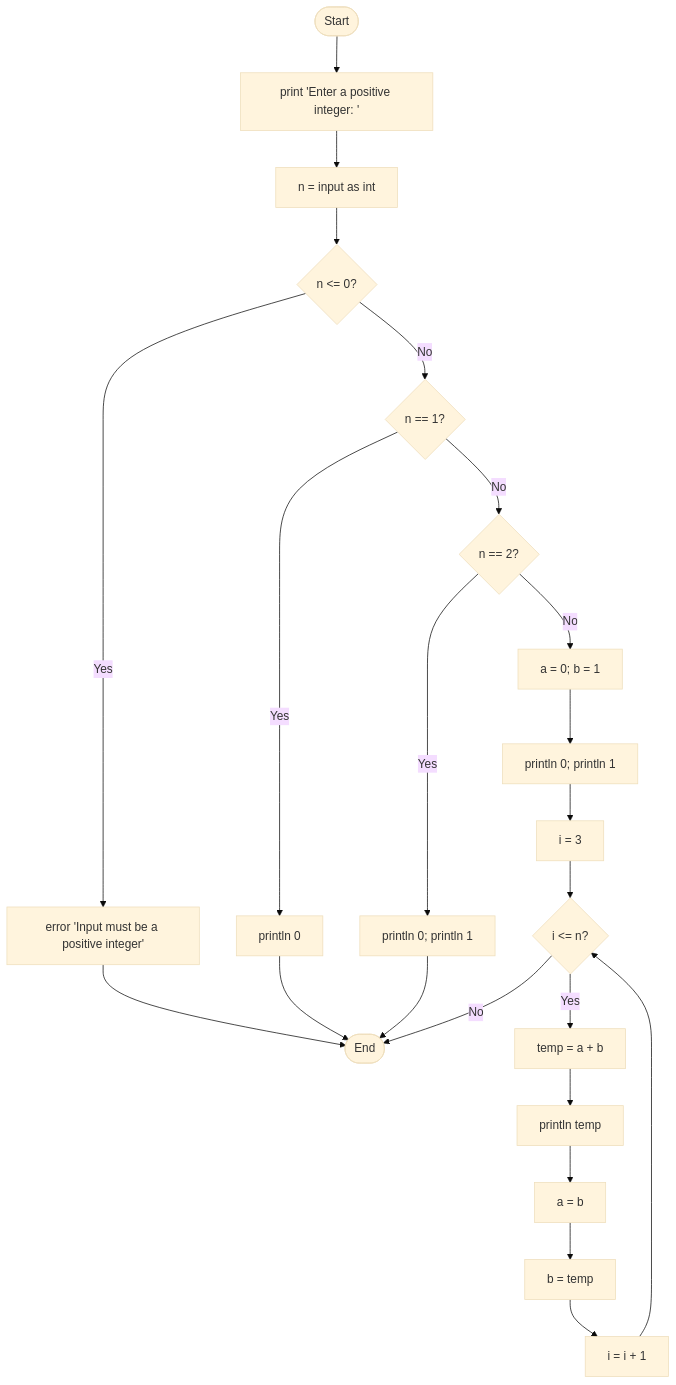
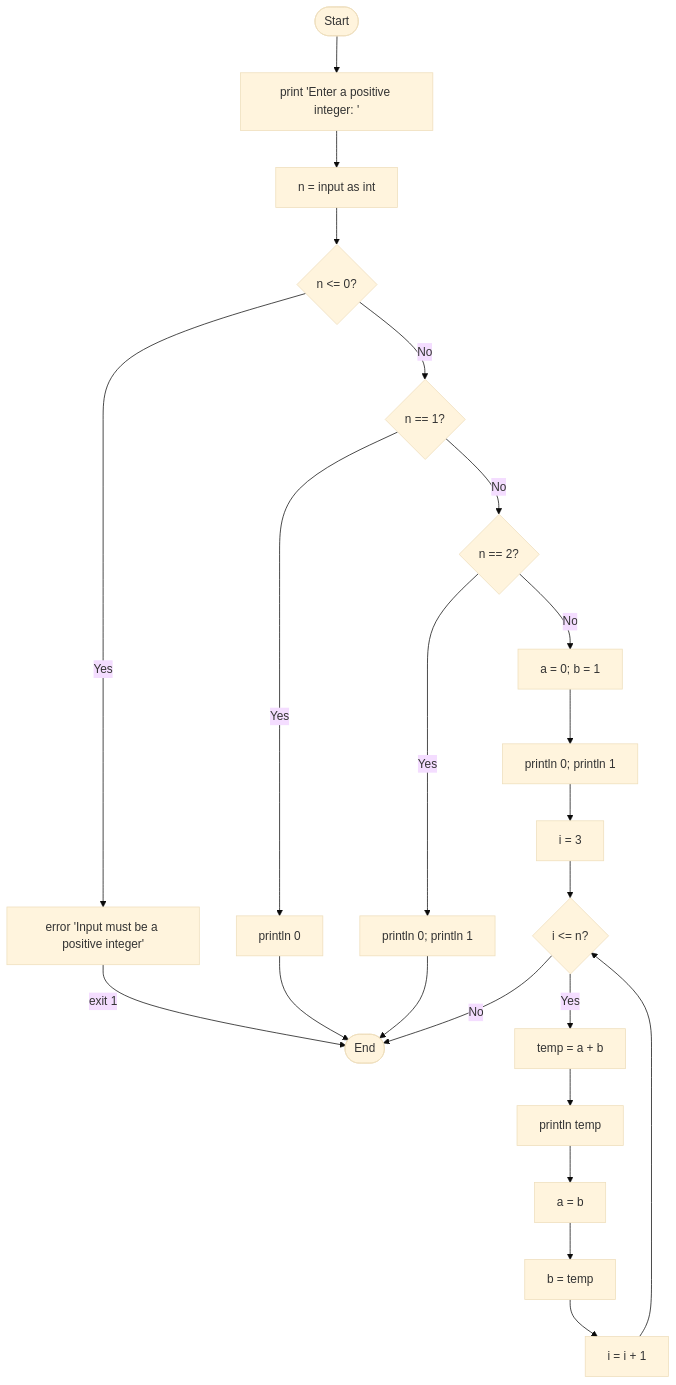
The diagram in examples/fibonacci.mmd (koki-develop/merx), drawn with Mermaid (base theme) before and after one commit. The commit also changed 7 other files, not shown here.

```diff
--- a/examples/fibonacci.mmd
+++ b/examples/fibonacci.mmd
@@ -1,23 +1,23 @@
 flowchart TD
     Start([Start]) --> A[print 'Enter a positive integer: ']
     A --> B[n = input as int]
     B --> C{n <= 0?}
     C -->|Yes| D[error 'Input must be a positive integer']
-    D --> End([End])
+    D -->|exit 1| End([End])
     C -->|No| E{n == 1?}
     E -->|Yes| F[println 0]
     F --> End
     E -->|No| G{n == 2?}
     G -->|Yes| H[println 0; println 1]
     H --> End
     G -->|No| I[a = 0; b = 1]
     I --> J[println 0; println 1]
     J --> K[i = 3]
     K --> L{i <= n?}
     L -->|No| End
     L -->|Yes| M[temp = a + b]
     M --> N[println temp]
     N --> O[a = b]
     O --> P[b = temp]
     P --> Q[i = i + 1]
     Q --> L
```
